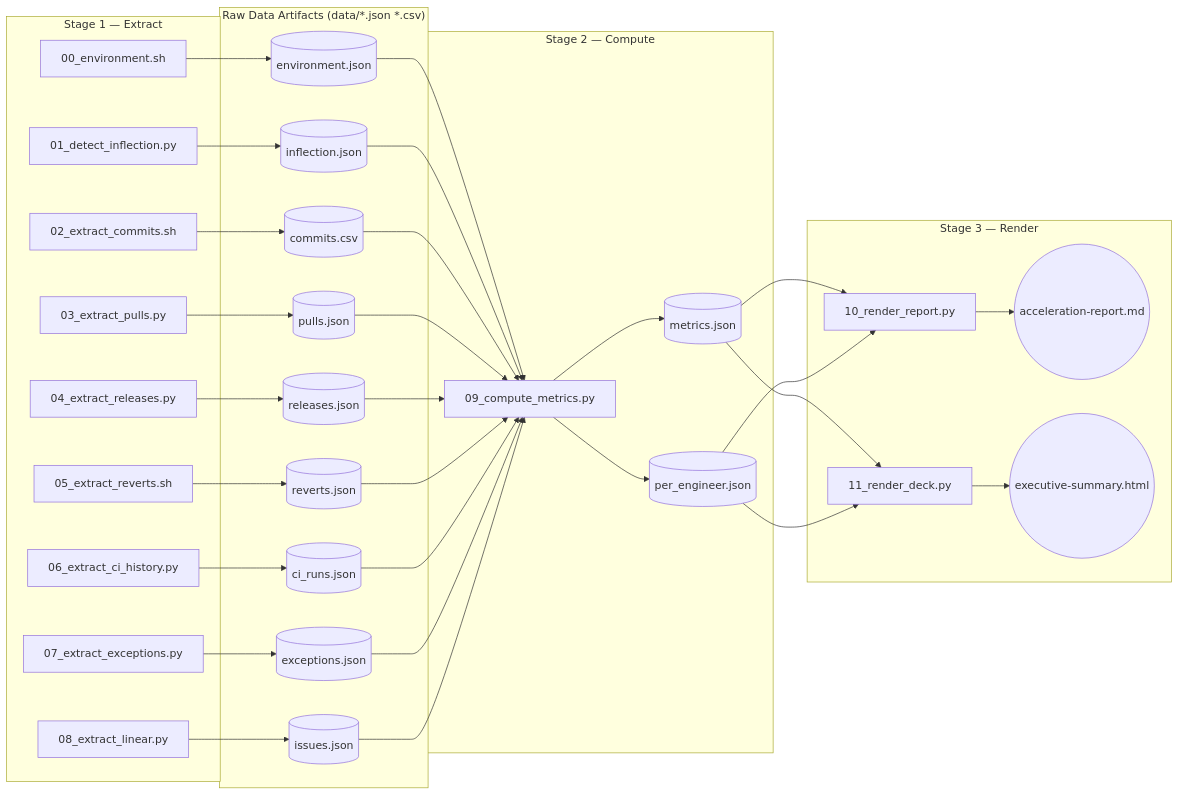
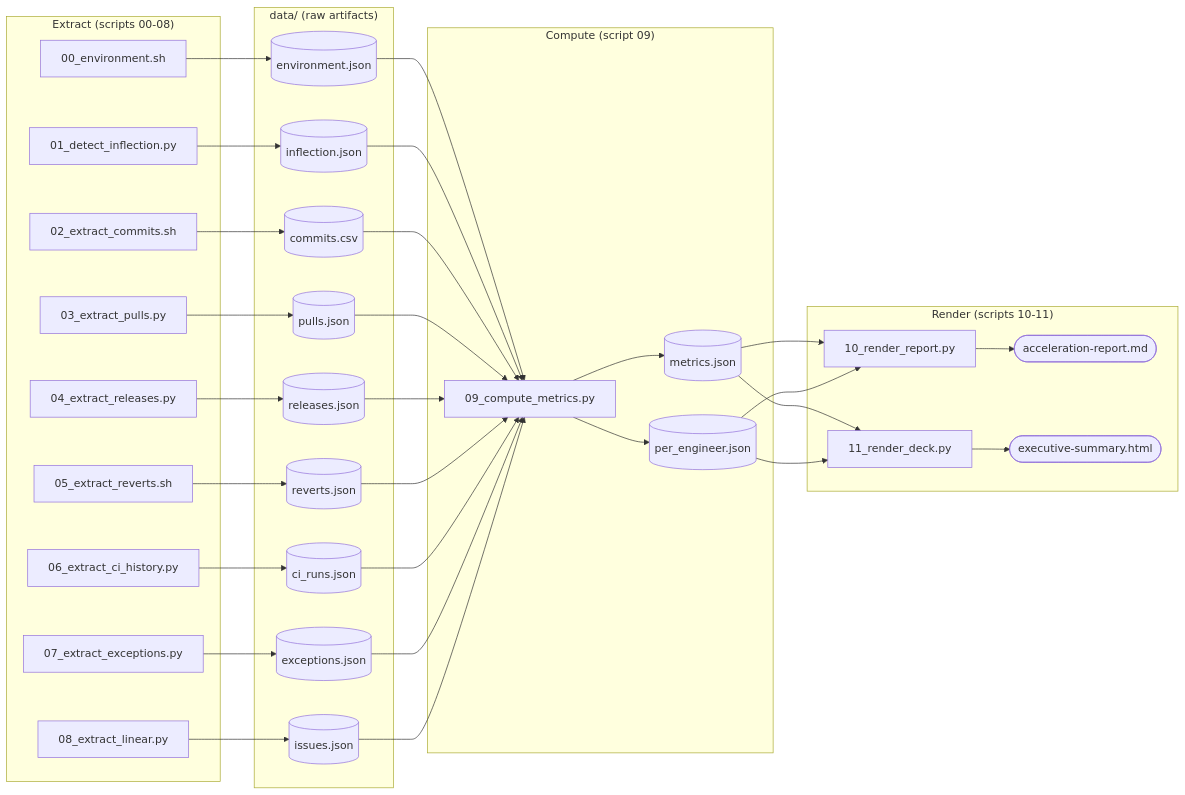
The diagram in blitzy/acceleration-report/diagrams/extraction-pipeline.mmd (Blitzy-Sandbox/blitzy-RudderStack), drawn with Mermaid before and after one commit.

```diff
--- a/blitzy/acceleration-report/diagrams/extraction-pipeline.mmd
+++ b/blitzy/acceleration-report/diagrams/extraction-pipeline.mmd
@@ -1,68 +1,65 @@
-%% Title: Three-Stage Read-Only Extraction Pipeline (Extract → Compute → Render)
-%% Legend: Solid arrows = data flow. Rounded rectangles = scripts. Cylinders = JSON/CSV artifacts. Ovals = final rendered deliverables.
-%% This pipeline is the analyst-facing dashboard surface per the Observability rule (AAP §0.7.1.1) interpreted for an analytics deliverable.
-
+%% Title: Read-Only Extraction → Compute → Render Pipeline
+%% Legend:
+%%   Solid arrows (-->)             = data flow
+%%   Rounded rectangles ([Script])  = extraction / compute / render scripts under scripts/
+%%   Cylinders ([(artifact.ext)])   = JSON / CSV data artifacts under data/
+%%   Ovals ([(name)])               = final rendered deliverables (Markdown report + HTML deck)
+%%   Subgraphs                      = pipeline stages (Extract, Data, Compute, Render)
+%%   Mirrors the architecture diagram in AAP §0.5.1 verbatim.
+%%   The pipeline is strictly read-only against the analyzed rudder-server repository:
+%%     - scripts 00-08 read from .git/, .github/, and the GitHub/Linear APIs
+%%     - script 09 reads from data/*.json|csv and writes data/metrics.json + data/per_engineer.json
+%%     - scripts 10-11 read from data/metrics.json + data/per_engineer.json only
+%%   No script writes to the analyzed repository, external systems, or any path outside blitzy/acceleration-report/.
 flowchart LR
-    subgraph EXTRACT["Stage 1 — Extract"]
-        E1["00_environment.sh"]
-        E2["01_detect_inflection.py"]
-        E3["02_extract_commits.sh"]
-        E4["03_extract_pulls.py"]
-        E5["04_extract_releases.py"]
-        E6["05_extract_reverts.sh"]
-        E7["06_extract_ci_history.py"]
-        E8["07_extract_exceptions.py"]
-        E9["08_extract_linear.py"]
+    subgraph EXTRACT["Extract (scripts 00-08)"]
+        E1[00_environment.sh]
+        E2[01_detect_inflection.py]
+        E3[02_extract_commits.sh]
+        E4[03_extract_pulls.py]
+        E5[04_extract_releases.py]
+        E6[05_extract_reverts.sh]
+        E7[06_extract_ci_history.py]
+        E8[07_extract_exceptions.py]
+        E9[08_extract_linear.py]
     end
-
-    subgraph DATA["Raw Data Artifacts (data/*.json *.csv)"]
+    subgraph DATA["data/ (raw artifacts)"]
         D1[(environment.json)]
         D2[(inflection.json)]
         D3[(commits.csv)]
         D4[(pulls.json)]
         D5[(releases.json)]
         D6[(reverts.json)]
         D7[(ci_runs.json)]
         D8[(exceptions.json)]
         D9[(issues.json)]
     end
-
-    subgraph COMPUTE["Stage 2 — Compute"]
-        C1["09_compute_metrics.py"]
+    subgraph COMPUTE["Compute (script 09)"]
+        C1[09_compute_metrics.py]
         M[(metrics.json)]
         P[(per_engineer.json)]
     end
-
-    subgraph RENDER["Stage 3 — Render"]
-        R1["10_render_report.py"]
-        R2["11_render_deck.py"]
-        REP(("acceleration-report.md"))
-        DEC(("executive-summary.html"))
+    subgraph RENDER["Render (scripts 10-11)"]
+        R1[10_render_report.py]
+        R2[11_render_deck.py]
+        REP([acceleration-report.md])
+        DEC([executive-summary.html])
     end
-
     E1 --> D1
     E2 --> D2
     E3 --> D3
     E4 --> D4
     E5 --> D5
     E6 --> D6
     E7 --> D7
     E8 --> D8
     E9 --> D9
-    D1 --> C1
-    D2 --> C1
-    D3 --> C1
-    D4 --> C1
-    D5 --> C1
-    D6 --> C1
-    D7 --> C1
-    D8 --> C1
-    D9 --> C1
+    D1 & D2 & D3 & D4 & D5 & D6 & D7 & D8 & D9 --> C1
     C1 --> M
     C1 --> P
     M --> R1
     P --> R1
     M --> R2
     P --> R2
     R1 --> REP
     R2 --> DEC
```
